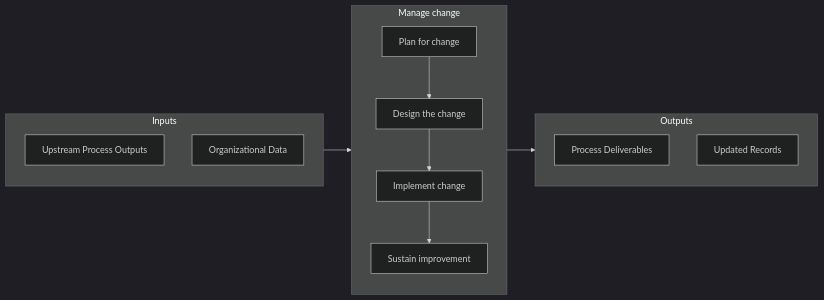
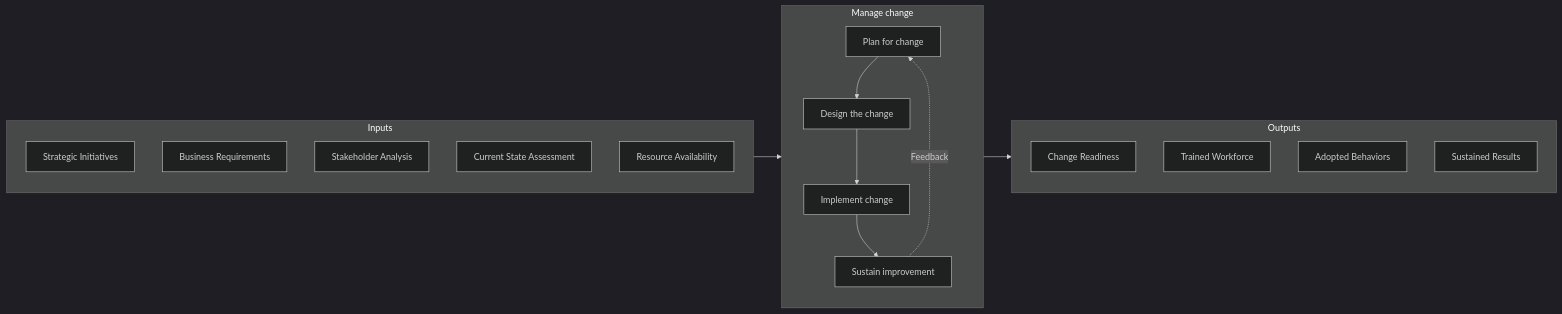
One commit to kziemski/business.org.ai changed the second of 3 diagrams in processes/13-Capabilities/13.4-ManageChange/index.mdx. Above: the diagram before and after it, drawn with Mermaid (dark theme). The commit also changed other lines of this file and 885 other files, not shown here.

````diff
--- a/processes/13-Capabilities/13.4-ManageChange/index.mdx
+++ b/processes/13-Capabilities/13.4-ManageChange/index.mdx
@@ -61,24 +63,30 @@
 ```mermaid
 flowchart LR
     subgraph Inputs["Inputs"]
-        I1["Upstream Process Outputs"]
-        I2["Organizational Data"]
+        I1["Strategic Initiatives"]
+        I2["Business Requirements"]
+        I3["Stakeholder Analysis"]
+        I4["Current State Assessment"]
+        I5["Resource Availability"]
     end
 
     subgraph Process["Manage change"]
         S1["Plan for change"]
         S2["Design the change"]
         S3["Implement change"]
         S4["Sustain improvement"]
     end
 
     subgraph Outputs["Outputs"]
-        O1["Process Deliverables"]
-        O2["Updated Records"]
+        O1["Change Readiness"]
+        O2["Trained Workforce"]
+        O3["Adopted Behaviors"]
+        O4["Sustained Results"]
     end
 
     Inputs --> Process --> Outputs
     S1 --> S2
     S2 --> S3
     S3 --> S4
+    S4 -.->|Feedback| S1
 ```
````
